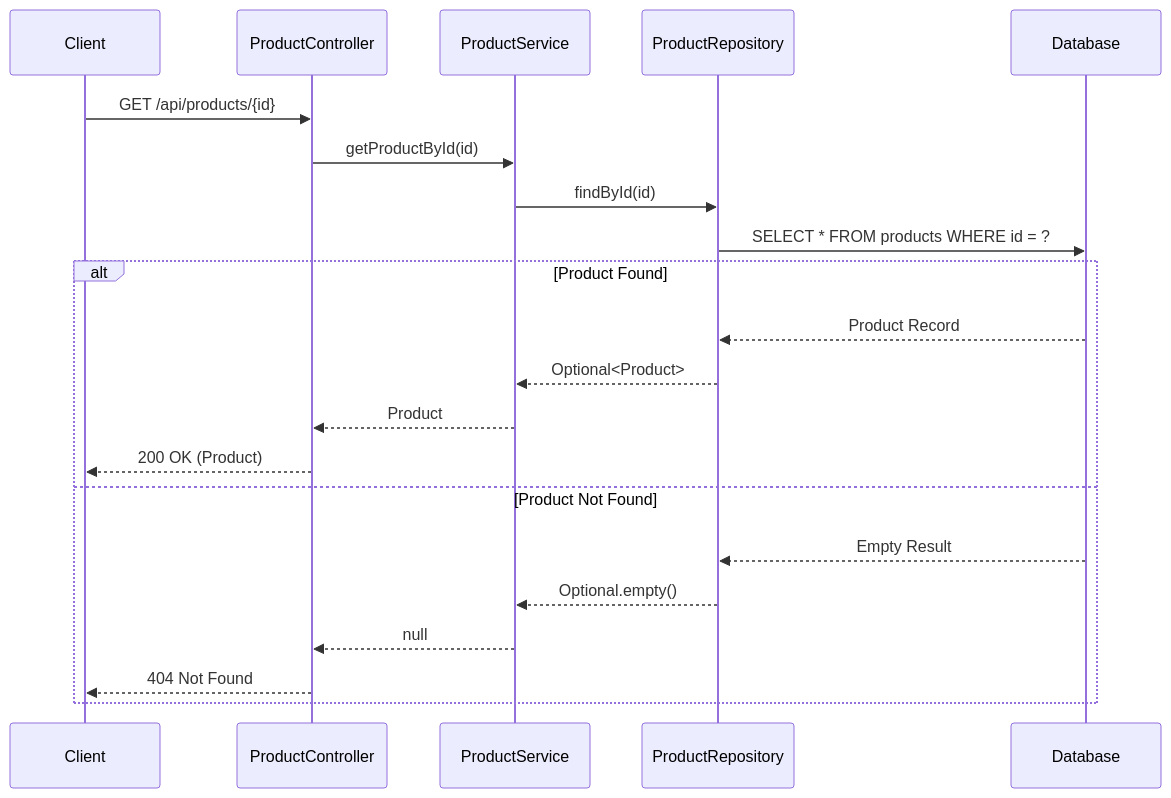
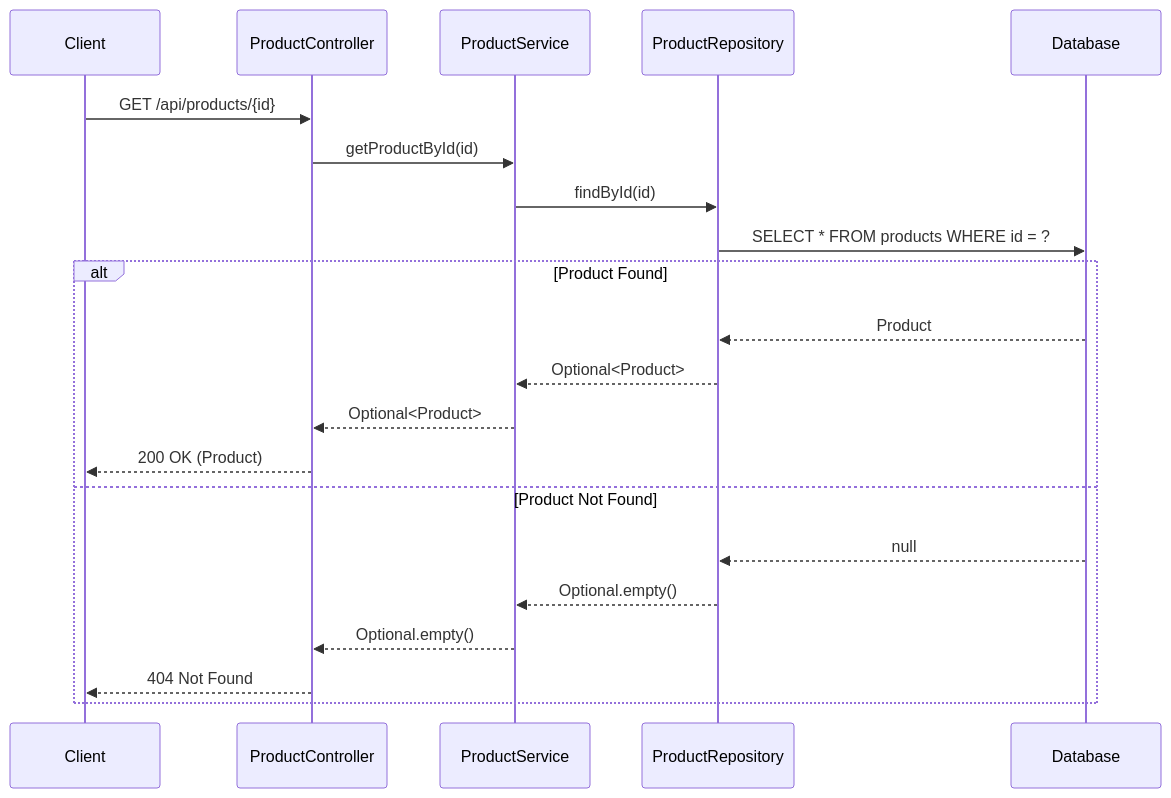
One commit to NavneetBN47/aava-ecom-demo changed the fourth of 13 diagrams in docs/LLD/modified_lld.md. Above: the diagram before and after it, drawn with Mermaid. The commit also changed other lines of this file, not shown here.

````diff
--- a/docs/LLD/modified_lld.md
+++ b/docs/LLD/modified_lld.md
@@ -188,25 +210,25 @@
 ```mermaid
 sequenceDiagram
     participant Client
     participant ProductController
     participant ProductService
     participant ProductRepository
     participant Database
 
     Client->>ProductController: GET /api/products/{id}
     ProductController->>ProductService: getProductById(id)
     ProductService->>ProductRepository: findById(id)
     ProductRepository->>Database: SELECT * FROM products WHERE id = ?
     
     alt Product Found
-        Database-->>ProductRepository: Product Record
+        Database-->>ProductRepository: Product
         ProductRepository-->>ProductService: Optional<Product>
-        ProductService-->>ProductController: Product
+        ProductService-->>ProductController: Optional<Product>
         ProductController-->>Client: 200 OK (Product)
     else Product Not Found
-        Database-->>ProductRepository: Empty Result
+        Database-->>ProductRepository: null
         ProductRepository-->>ProductService: Optional.empty()
-        ProductService-->>ProductController: null
+        ProductService-->>ProductController: Optional.empty()
         ProductController-->>Client: 404 Not Found
     end
 ```
````
